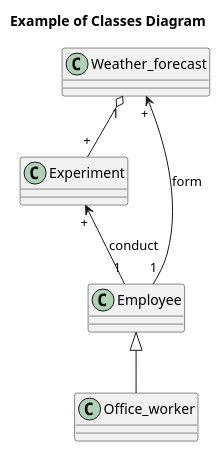
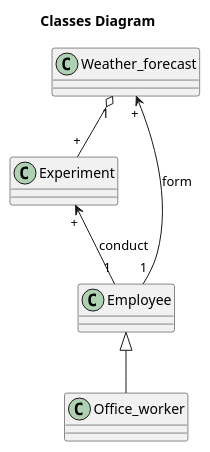
Before and after one commit to oleksandrblazhko/ai201-tsigankova: the diagram in 2-SoftwareDesign/2.7-PlantUML/UML-ConceptClasses.puml, drawn with PlantUML.

```diff
--- a/2-SoftwareDesign/2.7-PlantUML/UML-ConceptClasses.puml
+++ b/2-SoftwareDesign/2.7-PlantUML/UML-ConceptClasses.puml
@@ -1,13 +1,13 @@
 @startuml
-title Example of Classes Diagram
+title Classes Diagram
 
 Class Employee
 Class Experiment
 Class Weather_forecast
 Class Office_worker
 
 Employee <|-- Office_worker
 Employee"1" -up-> "+"Weather_forecast : form
 Employee"1" -up-> "+"Experiment : conduct
 Weather_forecast"1" o-- "+"Experiment
 @enduml
```
